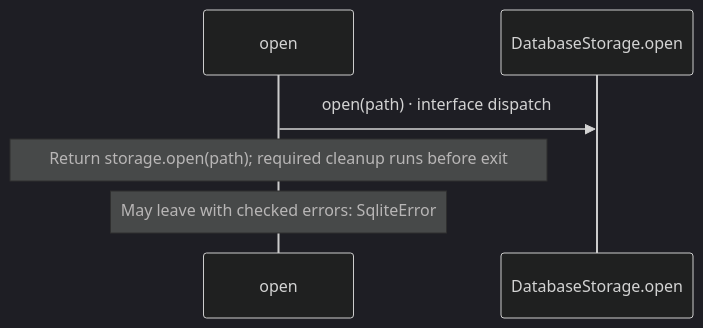
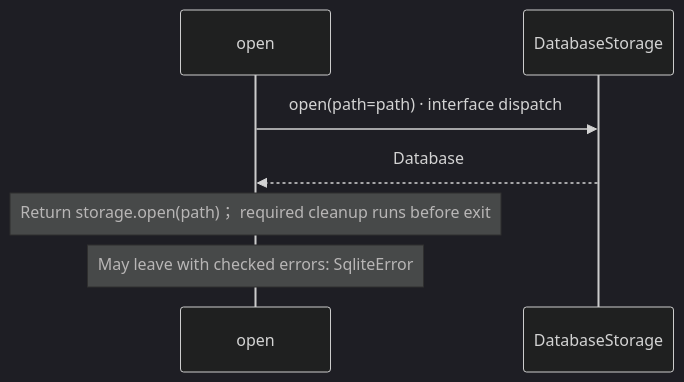
One commit to GreenPandaStudios/augscript changed the fourth of 7 diagrams in docs/examples/native-sqlite/dependencies/packages/@greenpandastudios/aug-sqlite/0.1.5/api-diagrams.md. Above: the diagram before and after it, drawn with Mermaid (dark theme). The commit also changed other lines of this file and 524 other files, not shown here.

Commit message:
Explain checked data flow at folder and service levels

````diff
--- a/docs/examples/native-sqlite/dependencies/packages/@greenpandastudios/aug-sqlite/0.1.5/api-diagrams.md
+++ b/docs/examples/native-sqlite/dependencies/packages/@greenpandastudios/aug-sqlite/0.1.5/api-diagrams.md
@@ -135,8 +115,9 @@
 ```mermaid
 sequenceDiagram
     participant p0 as open
-    participant p1 as DatabaseStorage.open
-    p0->>p1: open(path) · interface dispatch
-    Note over p0: Return storage.open(path)#59; required cleanup runs before exit
+    participant p1 as DatabaseStorage
+    p0->>p1: open(path=path) · interface dispatch
+    p1-->>p0: Database
+    Note over p0: Return storage.open(path)； required cleanup runs before exit
     Note over p0: May leave with checked errors: SqliteError
 ```
````
